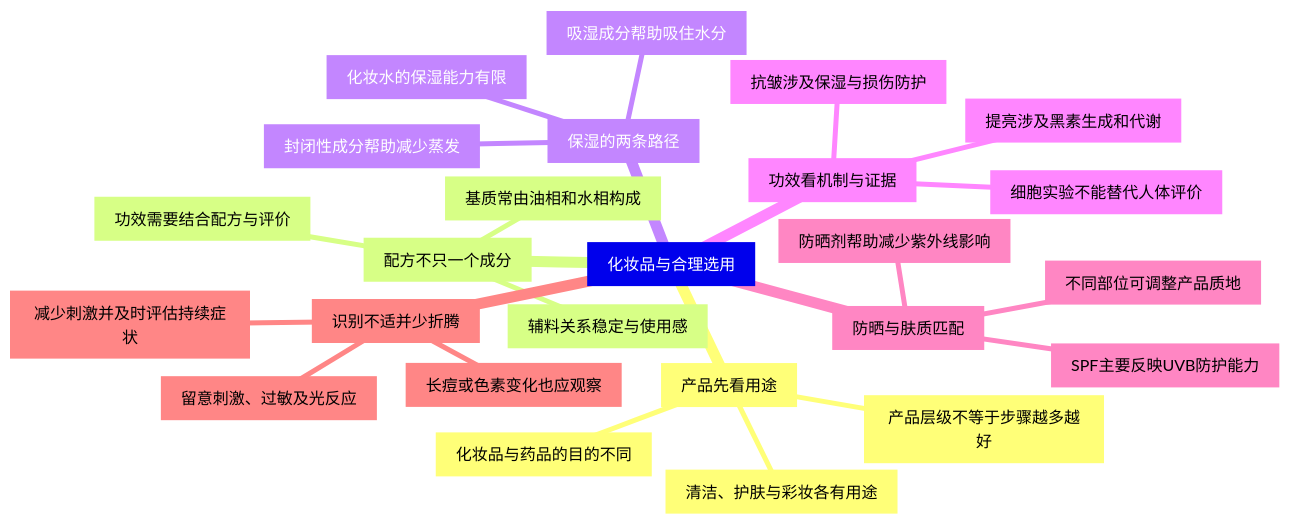
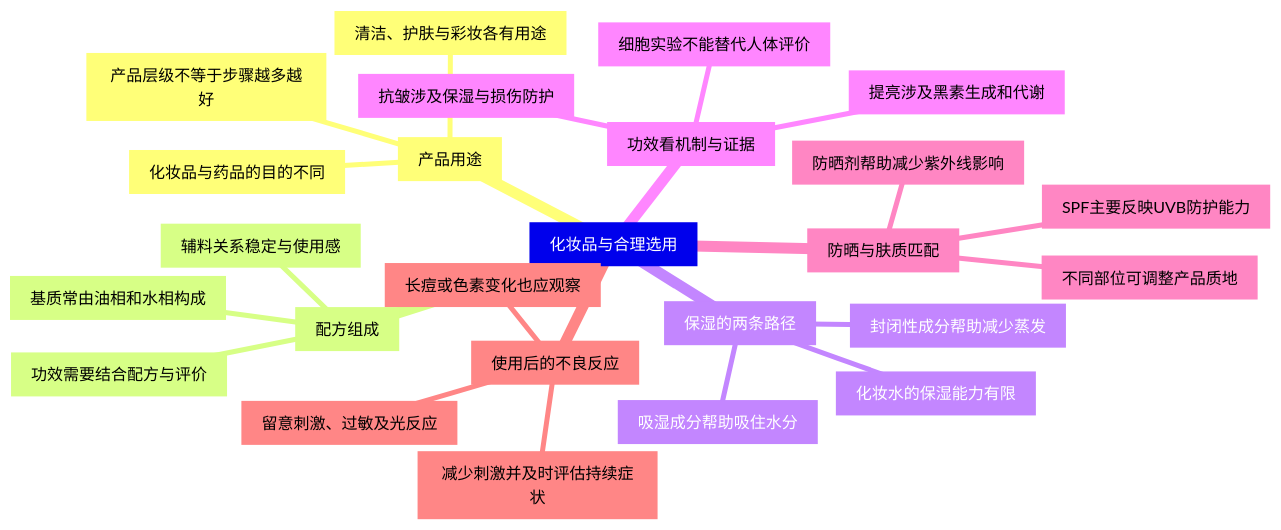
The diagram in docs/assets/lessons/cosmetics.mmd (hanson2017ear/skin-barrier-skincare-course), drawn with Mermaid before and after one commit. The commit also changed 40 other files, not shown here.

Commit message:
Simplify course notes copy, mindmap labels and reference reading layout

```diff
--- a/docs/assets/lessons/cosmetics.mmd
+++ b/docs/assets/lessons/cosmetics.mmd
@@ -1,26 +1,26 @@
 mindmap
   root["化妆品与合理选用"]
-    b1["产品先看用途"]
+    b1["产品用途"]
       b1n1["化妆品与药品的目的不同"]
       b1n2["清洁、护肤与彩妆各有用途"]
       b1n3["产品层级不等于步骤越多越好"]
-    b2["配方不只一个成分"]
+    b2["配方组成"]
       b2n1["基质常由油相和水相构成"]
       b2n2["辅料关系稳定与使用感"]
       b2n3["功效需要结合配方与评价"]
     b3["保湿的两条路径"]
       b3n1["吸湿成分帮助吸住水分"]
       b3n2["封闭性成分帮助减少蒸发"]
       b3n3["化妆水的保湿能力有限"]
     b4["功效看机制与证据"]
       b4n1["抗皱涉及保湿与损伤防护"]
       b4n2["提亮涉及黑素生成和代谢"]
       b4n3["细胞实验不能替代人体评价"]
     b5["防晒与肤质匹配"]
       b5n1["防晒剂帮助减少紫外线影响"]
       b5n2["SPF主要反映UVB防护能力"]
       b5n3["不同部位可调整产品质地"]
-    b6["识别不适并少折腾"]
+    b6["使用后的不良反应"]
       b6n1["留意刺激、过敏及光反应"]
       b6n2["长痘或色素变化也应观察"]
       b6n3["减少刺激并及时评估持续症状"]
```
